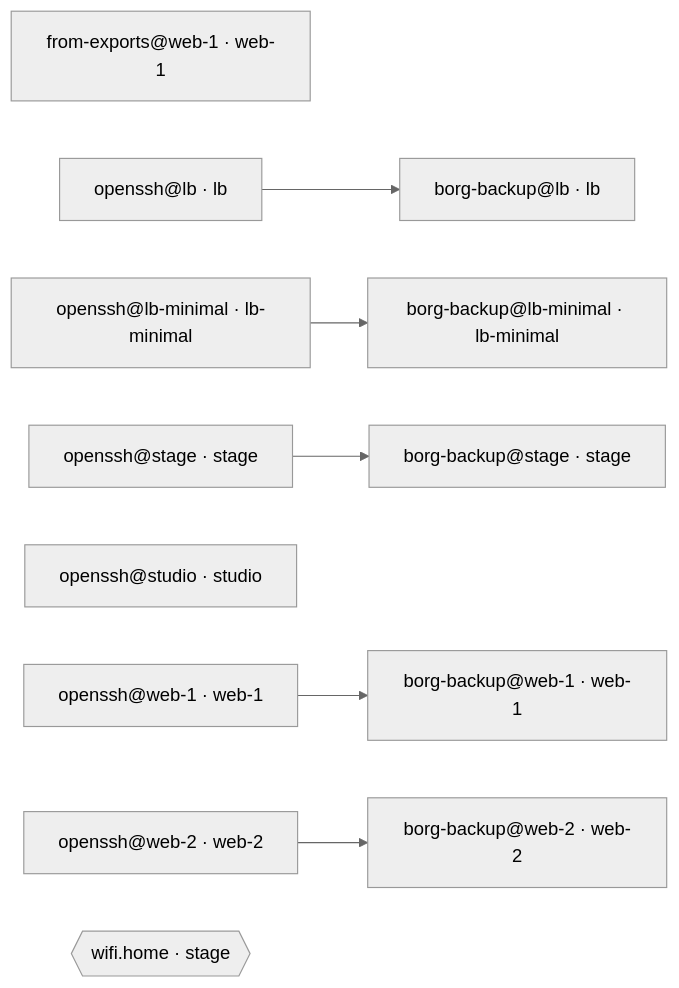
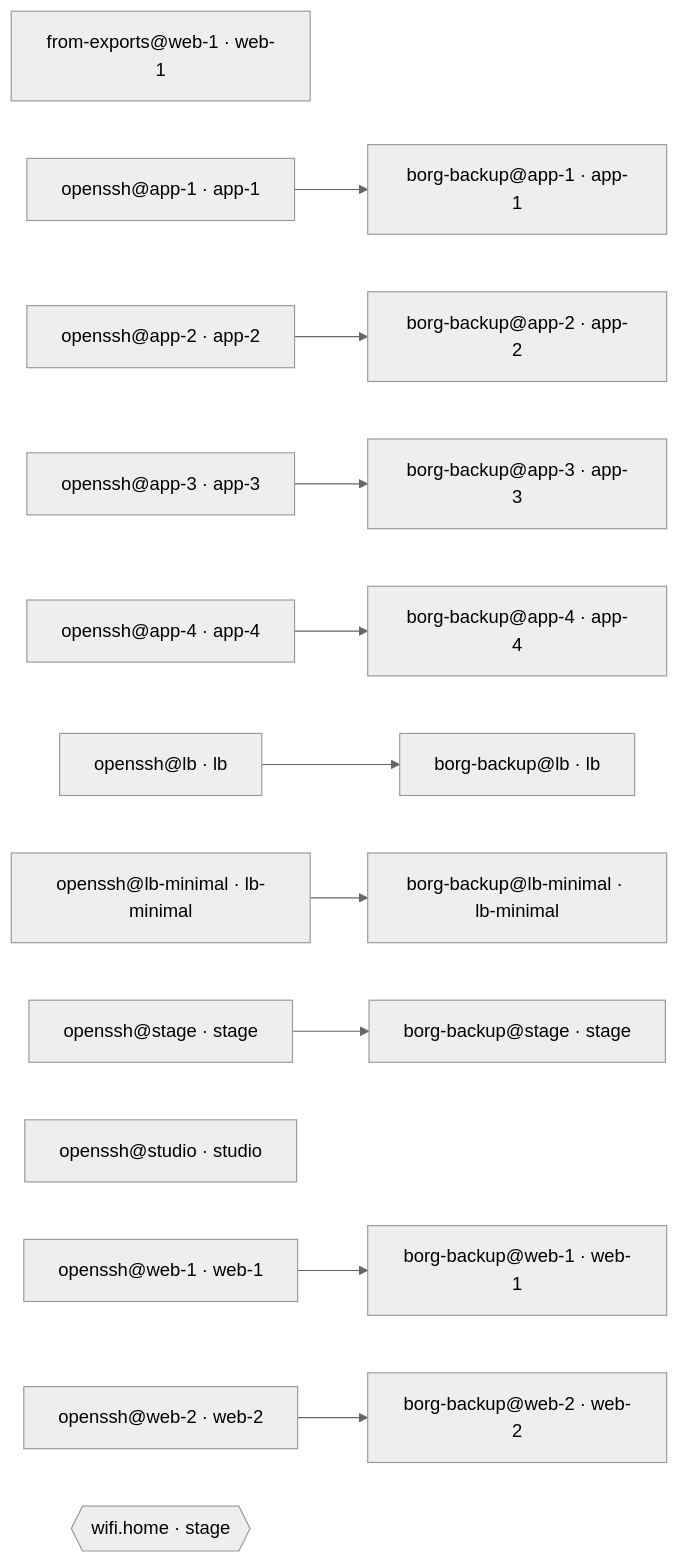
One commit to sini/sven changed the seventh of 8 diagrams in templates/fleet/README.md. Above: the diagram before and after it, drawn with Mermaid (neutral theme). The commit also changed other lines of this file and 1 other file, not shown here.

````diff
--- a/templates/fleet/README.md
+++ b/templates/fleet/README.md
@@ -1018,21 +1089,33 @@
 ```mermaid
 flowchart LR
+  n74bd4a0a3c["borg-backup@app-1 · app-1"]
+  n77b243f0ea["borg-backup@app-2 · app-2"]
+  ne06c6af0c5["borg-backup@app-3 · app-3"]
+  ncf2b33ee93["borg-backup@app-4 · app-4"]
   nc6bd2b6cfb["borg-backup@lb · lb"]
   n1c995d288a["borg-backup@lb-minimal · lb-minimal"]
   nb7d1d194e5["borg-backup@stage · stage"]
   nb998136565["borg-backup@web-1 · web-1"]
   nd0e0d1b2da["borg-backup@web-2 · web-2"]
   ne351d50168["from-exports@web-1 · web-1"]
+  n100bbb9e62["openssh@app-1 · app-1"]
+  nc571bbff1f["openssh@app-2 · app-2"]
+  n4d8486d320["openssh@app-3 · app-3"]
+  n3468fb4feb["openssh@app-4 · app-4"]
   n7e7d3468bc["openssh@lb · lb"]
   na4fea78605["openssh@lb-minimal · lb-minimal"]
   n5fc666537c["openssh@stage · stage"]
   n5ead2d910f["openssh@studio · studio"]
   n914f0bf04d["openssh@web-1 · web-1"]
   nb4ef6d445f["openssh@web-2 · web-2"]
   n232f52aea6{{"wifi.home · stage"}}
+  n100bbb9e62 --> n74bd4a0a3c
+  nc571bbff1f --> n77b243f0ea
+  n4d8486d320 --> ne06c6af0c5
+  n3468fb4feb --> ncf2b33ee93
   n7e7d3468bc --> nc6bd2b6cfb
   na4fea78605 --> n1c995d288a
   n5fc666537c --> nb7d1d194e5
   n914f0bf04d --> nb998136565
   nb4ef6d445f --> nd0e0d1b2da
 ```
````
